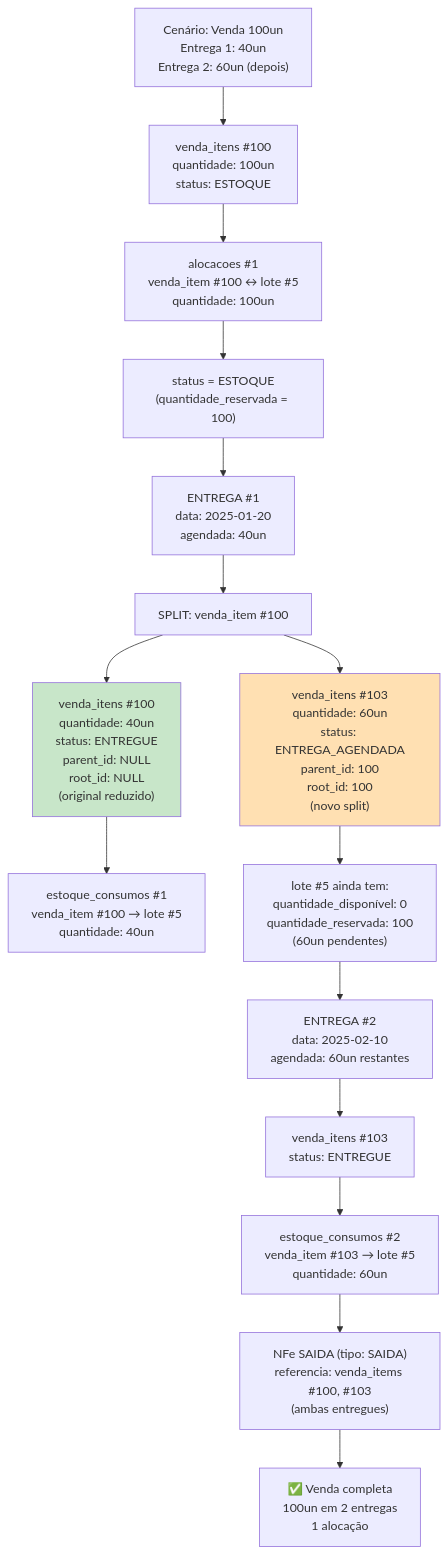
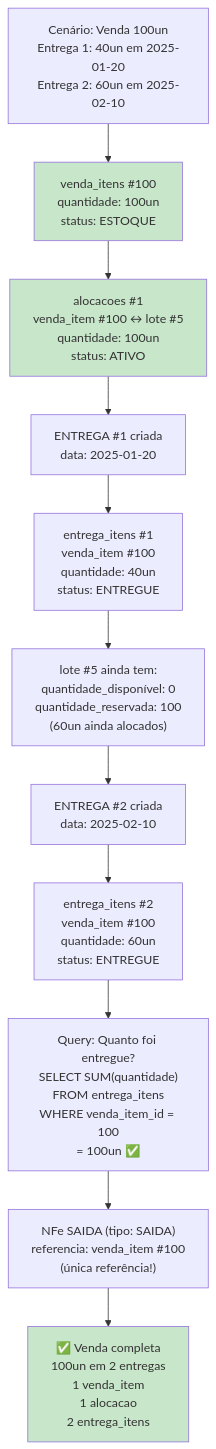
The eighth of 17 diagrams in .claude/schema-proposto-flowchart.md (darktorres/ERP-STACCATO), drawn with Mermaid before and after one commit. The commit also changed other lines of this file and 1 other file, not shown here.

````diff
--- a/.claude/schema-proposto-flowchart.md
+++ b/.claude/schema-proposto-flowchart.md
@@ -463,33 +461,26 @@
 ```mermaid
 flowchart TB
-    Start["Cenário: Venda 100un<br/>Entrega 1: 40un<br/>Entrega 2: 60un (depois)"] --> VI["venda_itens #100<br/>quantidade: 100un<br/>status: ESTOQUE"]
+    Start["Cenário: Venda 100un<br/>Entrega 1: 40un em 2025-01-20<br/>Entrega 2: 60un em 2025-02-10"] --> VI["venda_itens #100<br/>quantidade: 100un<br/>status: ESTOQUE"]
 
-    VI --> Alocacao["alocacoes #1<br/>venda_item #100 ↔ lote #5<br/>quantidade: 100un"]
+    VI --> Alocacao["alocacoes #1<br/>venda_item #100 ↔ lote #5<br/>quantidade: 100un<br/>status: ATIVO"]
 
-    Alocacao --> Status1["status = ESTOQUE<br/>(quantidade_reservada = 100)"]
+    Alocacao --> Entrega1["ENTREGA #1 criada<br/>data: 2025-01-20"]
 
-    Status1 --> Entrega1["ENTREGA #1<br/>data: 2025-01-20<br/>agendada: 40un"]
+    Entrega1 --> EI1["entrega_itens #1<br/>venda_item #100<br/>quantidade: 40un<br/>status: ENTREGUE"]
 
-    Entrega1 --> Split["SPLIT: venda_item #100"]
+    EI1 --> Estoque1["lote #5 ainda tem:<br/>quantidade_disponível: 0<br/>quantidade_reservada: 100<br/>(60un ainda alocados)"]
 
-    Split --> VI_Entregue["venda_itens #100<br/>quantidade: 40un<br/>status: ENTREGUE<br/>parent_id: NULL<br/>root_id: NULL<br/>(original reduzido)"]
+    Estoque1 --> Entrega2["ENTREGA #2 criada<br/>data: 2025-02-10"]
 
-    Split --> VI_Pendente["venda_itens #103<br/>quantidade: 60un<br/>status: ENTREGA_AGENDADA<br/>parent_id: 100<br/>root_id: 100<br/>(novo split)"]
+    Entrega2 --> EI2["entrega_itens #2<br/>venda_item #100<br/>quantidade: 60un<br/>status: ENTREGUE"]
 
-    VI_Entregue --> Mov1["estoque_consumos #1<br/>venda_item #100 → lote #5<br/>quantidade: 40un"]
+    EI2 --> Query["Query: Quanto foi entregue?<br/>SELECT SUM(quantidade)<br/>FROM entrega_itens<br/>WHERE venda_item_id = 100<br/>= 100un ✅"]
 
-    VI_Pendente --> Reserva["lote #5 ainda tem:<br/>quantidade_disponível: 0<br/>quantidade_reservada: 100<br/>(60un pendentes)"]
+    Query --> NFeSaida["NFe SAIDA (tipo: SAIDA)<br/>referencia: venda_item #100<br/>(única referência!)"]
 
-    Reserva --> Entrega2["ENTREGA #2<br/>data: 2025-02-10<br/>agendada: 60un restantes"]
+    NFeSaida --> End["✅ Venda completa<br/>100un em 2 entregas<br/>1 venda_item<br/>1 alocacao<br/>2 entrega_itens"]
 
-    Entrega2 --> VI_EntregueResto["venda_itens #103<br/>status: ENTREGUE"]
-
-    VI_EntregueResto --> Mov2["estoque_consumos #2<br/>venda_item #103 → lote #5<br/>quantidade: 60un"]
-
-    Mov2 --> NFeSaida["NFe SAIDA (tipo: SAIDA)<br/>referencia: venda_items #100, #103<br/>(ambas entregues)"]
-
-    NFeSaida --> End["✅ Venda completa<br/>100un em 2 entregas<br/>1 alocação"]
-
-    style VI_Entregue fill:#c8e6c9
-    style VI_Pendente fill:#ffe0b2
+    style VI fill:#c8e6c9
+    style Alocacao fill:#c8e6c9
+    style End fill:#c8e6c9
 ```
````
